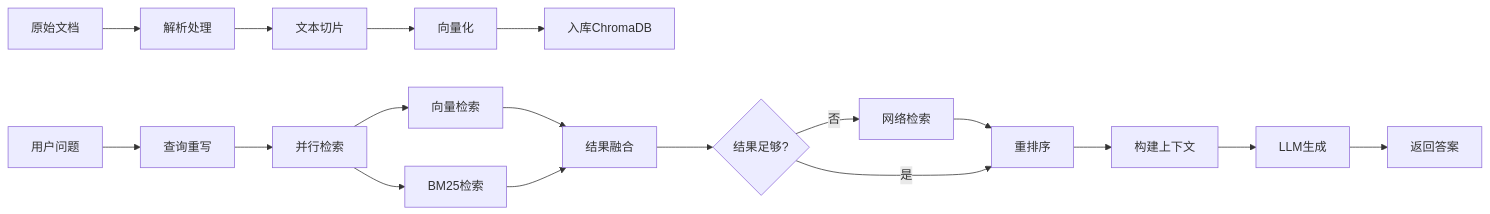
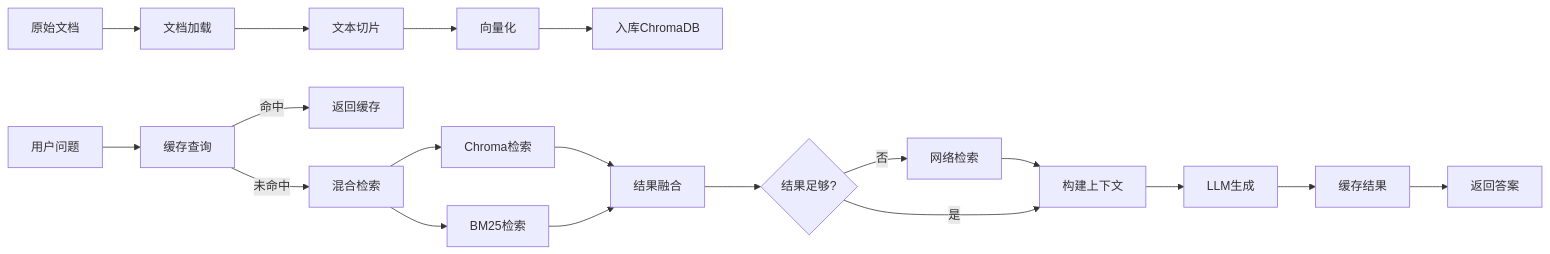
Before and after one commit to liuxinrongjinmu/ai_rag_Engineering_Quality_Inspection: the second of 2 diagrams in README.md, drawn with Mermaid. The commit also changed other lines of this file, not shown here.

````diff
--- a/README.md
+++ b/README.md
@@ -139,21 +140,22 @@
 ```mermaid
 flowchart LR
-    A[原始文档] --> B[解析处理]
+    A[原始文档] --> B[文档加载]
     B --> C[文本切片]
     C --> D[向量化]
     D --> E[入库ChromaDB]
     
-    F[用户问题] --> G[查询重写]
-    G --> H[并行检索]
-    H --> I[向量检索]
-    H --> J[BM25检索]
-    I --> K[结果融合]
-    J --> K
-    K --> L{结果足够?}
-    L -->|否| M[网络检索]
-    M --> N[重排序]
-    L -->|是| N
+    F[用户问题] --> G[缓存查询]
+    G -->|命中| H[返回缓存]
+    G -->|未命中| I[混合检索]
+    I --> J[Chroma检索]
+    I --> K[BM25检索]
+    J --> L[结果融合]
+    K --> L
+    L --> M{结果足够?}
+    M -->|否| N[网络检索]
     N --> O[构建上下文]
+    M -->|是| O
     O --> P[LLM生成]
-    P --> Q[返回答案]
+    P --> Q[缓存结果]
+    Q --> R[返回答案]
 ```
````
